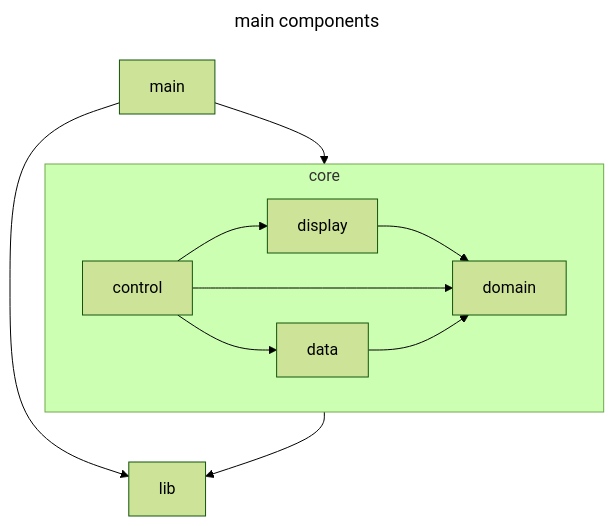
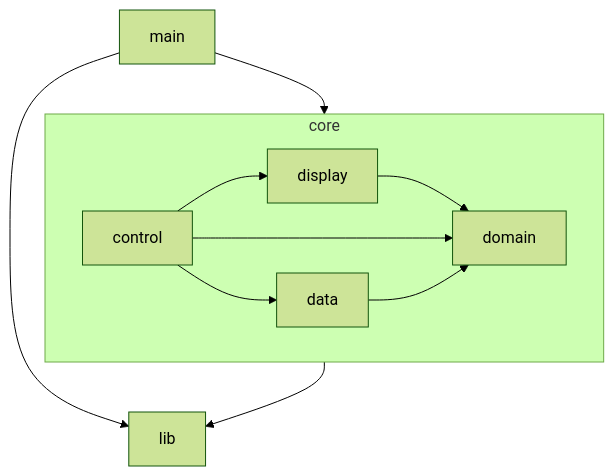
Before and after one commit to joaomelo/calystone: the first of 3 diagrams in README.md, drawn with Mermaid (forest theme). The commit also changed other lines of this file and 6 other files, not shown here.

````diff
--- a/README.md
+++ b/README.md
@@ -5,23 +7,20 @@
 ```mermaid
----
-title: main components
----
 graph TD
   main
   subgraph core
     direction LR
     domain
     display
     control
     data
   end
   lib
   main --> core
   main --> lib
   core --> lib
   display --> domain
   control --> domain
   control --> display
   control --> data
   data --> domain
 ```
````
